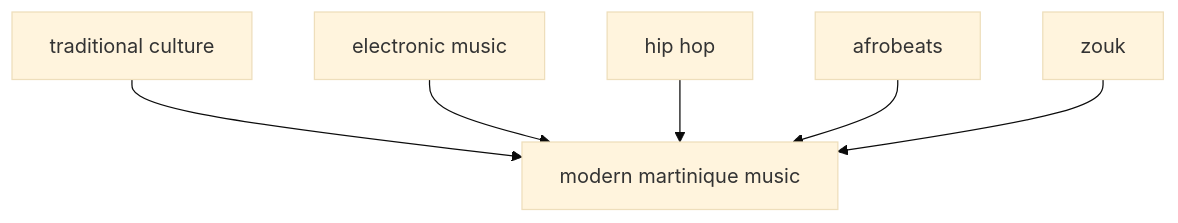
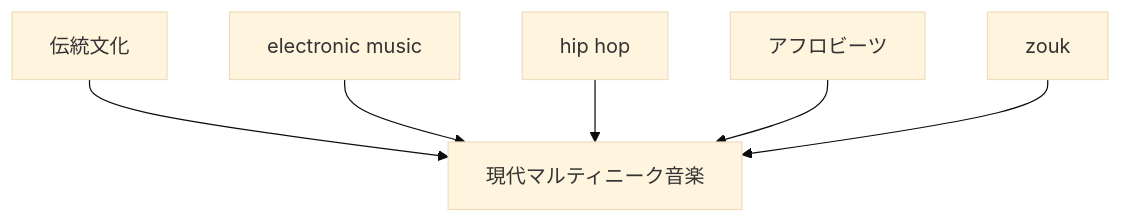
One commit to monumental-movement/monumental-movement.github.io changed the tenth of 11 diagrams in en/_posts/2026-05-16-column-martinique.md. Above: the diagram before and after it, drawn with Mermaid (base theme). The commit also changed other lines of this file and 2196 other files, not shown here.

```diff
--- a/en/_posts/2026-05-16-column-martinique.md
+++ b/en/_posts/2026-05-16-column-martinique.md
@@ -407,13 +407,13 @@
 <div class="mermaid">
 graph TD
-A[traditional culture]
+A[伝統文化]
 B[electronic music]
 C[hip hop]
-D[afrobeats]
+D[アフロビーツ]
 E[zouk]
-A --> F[modern martinique music]
+A --> F[現代マルティニーク音楽]
 B --> F
 C --> F
 D --> F
 E --> F
 </div>
```
